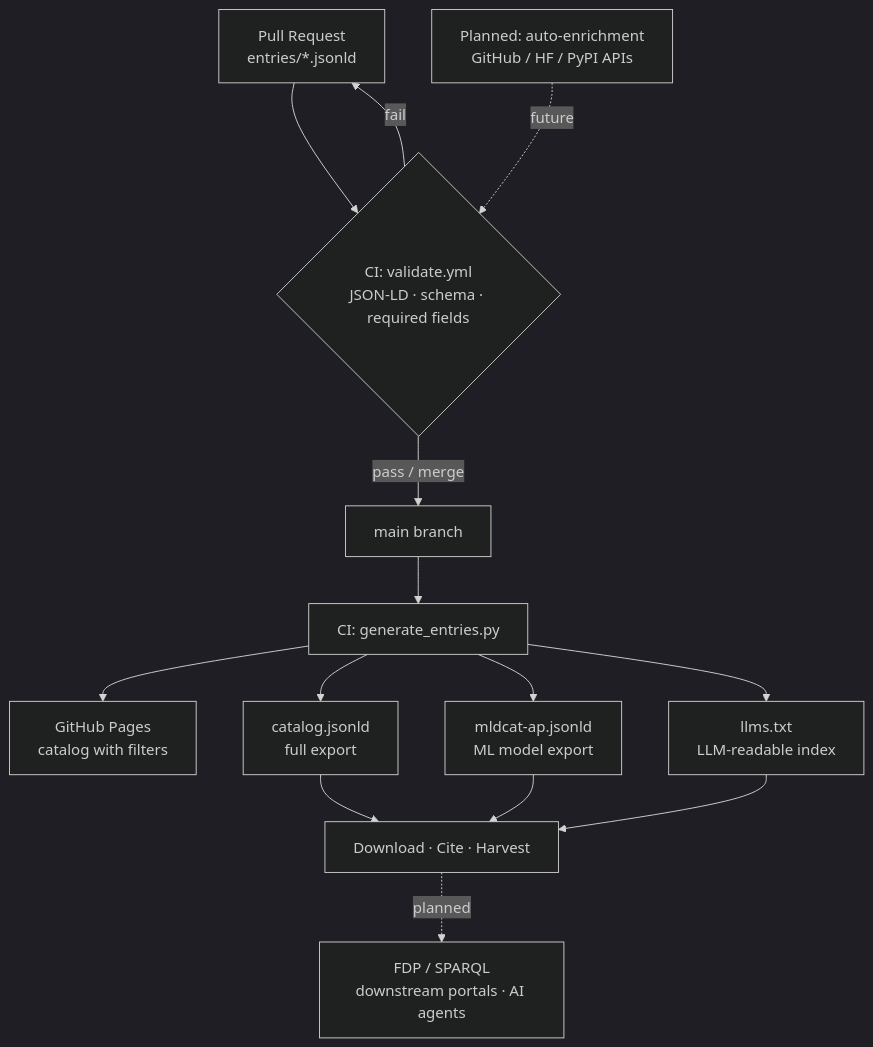
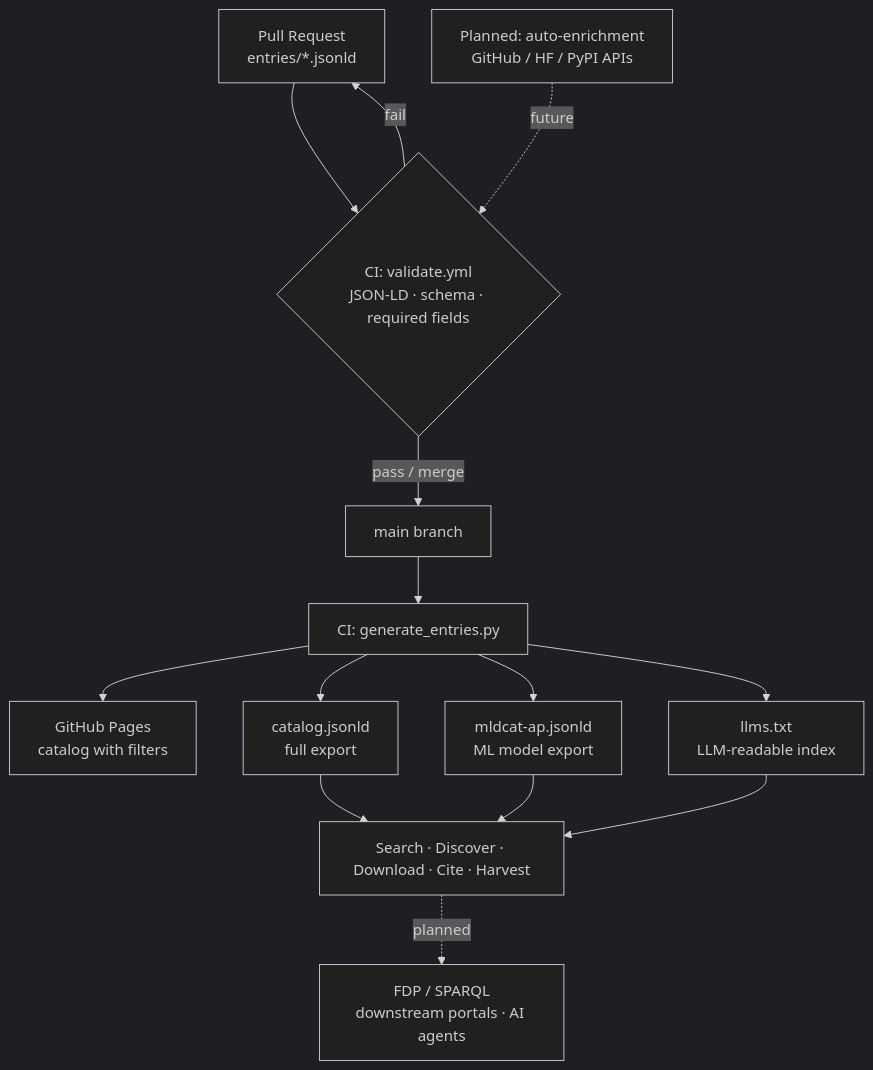
The diagram in README.md (FORSE-H/MACH), drawn with Mermaid (dark theme) before and after one commit.

Commit message:
docs: add Search and Discover to catalog harvest node in flow diagram

````diff
--- a/README.md
+++ b/README.md
@@ -116,22 +116,22 @@
 ```mermaid
 flowchart TD
     PR["Pull Request\nentries/*.jsonld"] --> VAL
     ENRICH["Planned: auto-enrichment\nGitHub / HF / PyPI APIs"] -.->|future| VAL
 
     VAL{"CI: validate.yml\nJSON-LD · schema · required fields"}
     VAL -- fail --> PR
     VAL -- pass / merge --> MAIN["main branch"]
 
     MAIN --> GEN["CI: generate_entries.py"]
 
     GEN --> UI["GitHub Pages\ncatalog with filters"]
     GEN --> CAT["catalog.jsonld\nfull export"]
     GEN --> MLDC["mldcat-ap.jsonld\nML model export"]
     GEN --> LLM["llms.txt\nLLM-readable index"]
 
-    CAT --> HARVEST["Download · Cite · Harvest"]
+    CAT --> HARVEST["Search · Discover · Download · Cite · Harvest"]
     MLDC --> HARVEST
     LLM --> HARVEST
 
     HARVEST -.->|planned| FDP["FDP / SPARQL\ndownstream portals · AI agents"]
 ```
````
